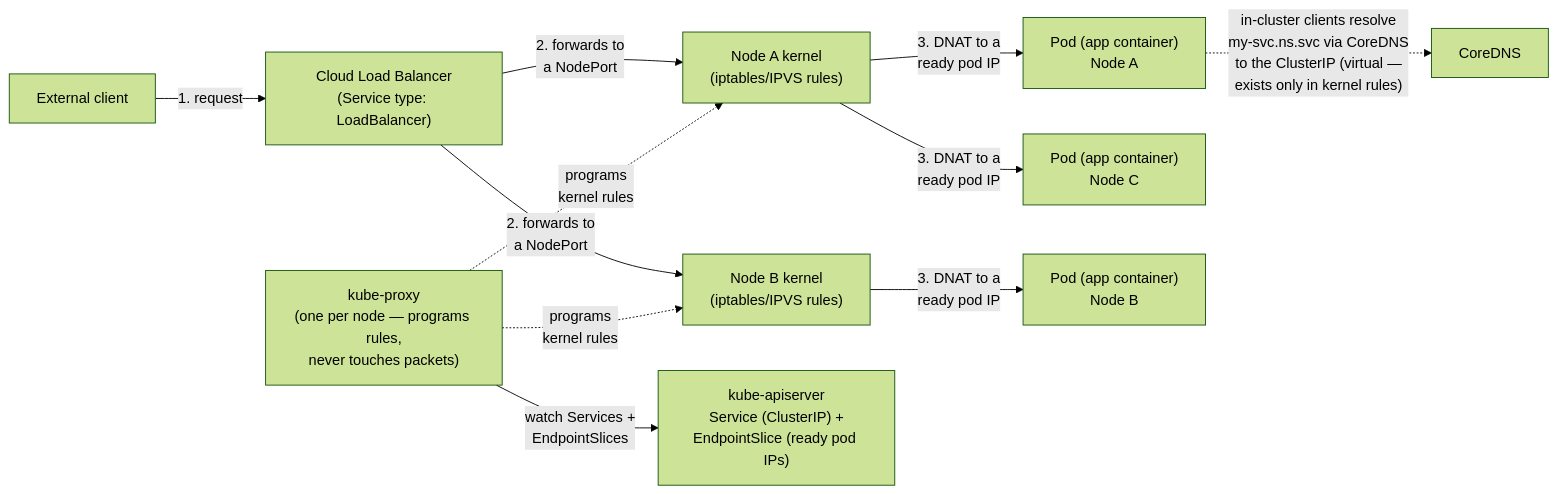
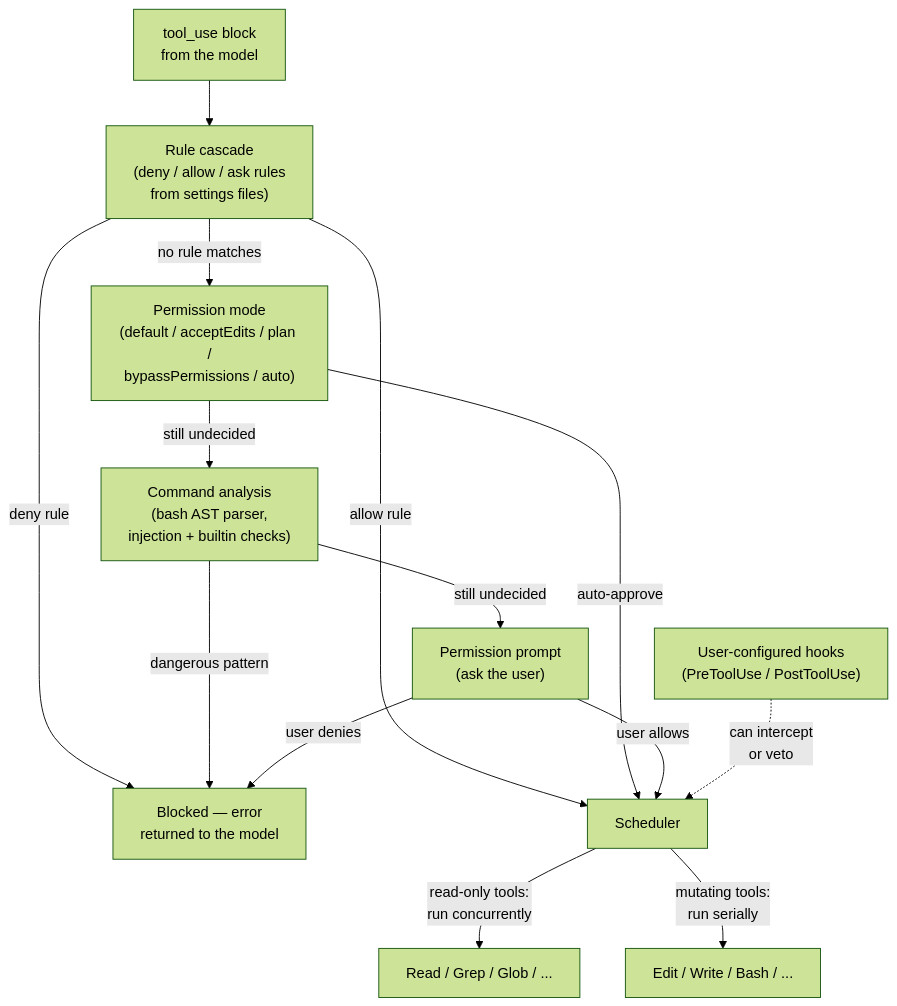
Before and after one commit to squiredocs/squiredocs: the third of 4 diagrams in blog/let-your-agent-draw-the-architecture.md, drawn with Mermaid (forest theme). The commit also changed other lines of this file, not shown here.

First line of the commit message:
blog(architecture): swap the example from Kubernetes to Claude Code's internals

````diff
--- a/blog/let-your-agent-draw-the-architecture.md
+++ b/blog/let-your-agent-draw-the-architecture.md
@@ -101,17 +82,18 @@
 ```mermaid
-graph LR
-    CLIENT["External client"] -->|"1. request"| LB["Cloud Load Balancer\n(Service type: LoadBalancer)"]
-    LB -->|"2. forwards to\na NodePort"| KERNA["Node A kernel\n(iptables/IPVS rules)"]
-    LB -->|"2. forwards to\na NodePort"| KERNB["Node B kernel\n(iptables/IPVS rules)"]
-    KERNA -->|"3. DNAT to a\nready pod IP"| PODA["Pod (app container)\nNode A"]
-    KERNA -->|"3. DNAT to a\nready pod IP"| PODC["Pod (app container)\nNode C"]
-    KERNB -->|"3. DNAT to a\nready pod IP"| PODB["Pod (app container)\nNode B"]
+graph TB
+    CALL["tool_use block\nfrom the model"] --> RULES["Rule cascade\n(deny / allow / ask rules\nfrom settings files)"]
+    RULES -->|"deny rule"| BLOCKED["Blocked — error\nreturned to the model"]
+    RULES -->|"allow rule"| SCHED["Scheduler"]
+    RULES -->|"no rule matches"| MODE["Permission mode\n(default / acceptEdits / plan /\nbypassPermissions / auto)"]
+    MODE -->|"auto-approve"| SCHED
+    MODE -->|"still undecided"| ANALYZE["Command analysis\n(bash AST parser,\ninjection + builtin checks)"]
+    ANALYZE -->|"dangerous pattern"| BLOCKED
+    ANALYZE -->|"still undecided"| ASK["Permission prompt\n(ask the user)"]
+    ASK -->|"user allows"| SCHED
+    ASK -->|"user denies"| BLOCKED
 
-    API["kube-apiserver\nService (ClusterIP) +\nEndpointSlice (ready pod IPs)"]
-    KP["kube-proxy\n(one per node — programs rules,\nnever touches packets)"]
-    KP -->|"watch Services +\nEndpointSlices"| API
-    KP -.->|"programs\nkernel rules"| KERNA
-    KP -.->|"programs\nkernel rules"| KERNB
+    HOOKS["User-configured hooks\n(PreToolUse / PostToolUse)"] -.->|"can intercept\nor veto"| SCHED
 
-    PODA -.->|"in-cluster clients resolve\nmy-svc.ns.svc via CoreDNS\nto the ClusterIP (virtual —\nexists only in kernel rules)"| DNS["CoreDNS"]
+    SCHED -->|"read-only tools:\nrun concurrently"| READS["Read / Grep / Glob / ..."]
+    SCHED -->|"mutating tools:\nrun serially"| WRITES["Edit / Write / Bash / ..."]
 ```
````
